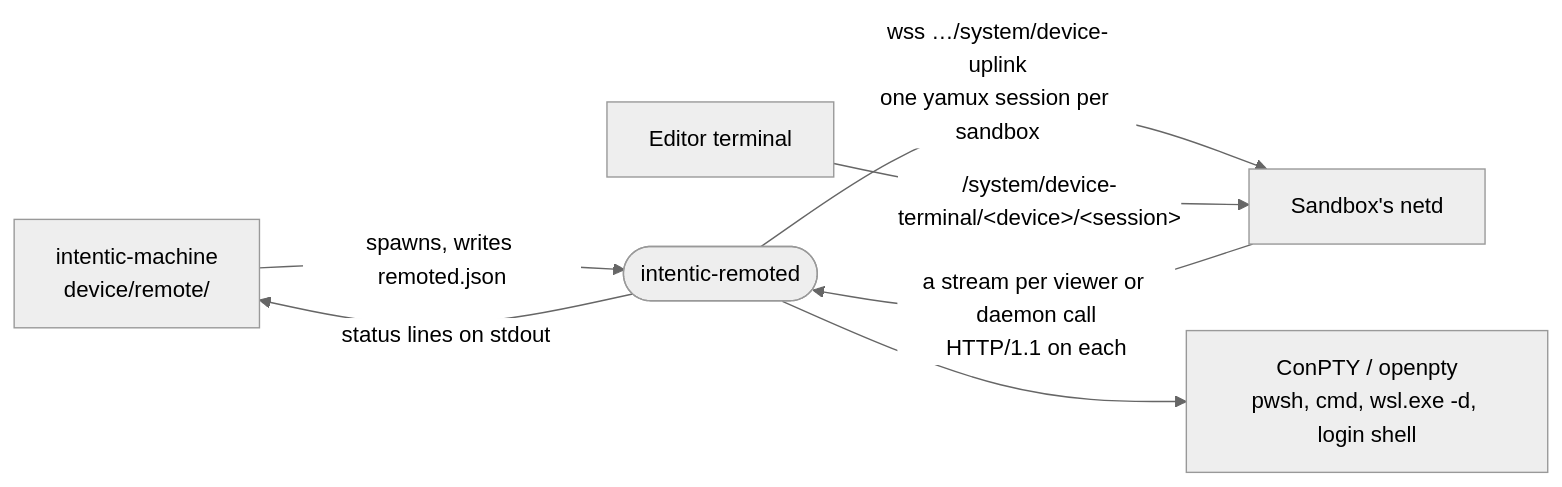
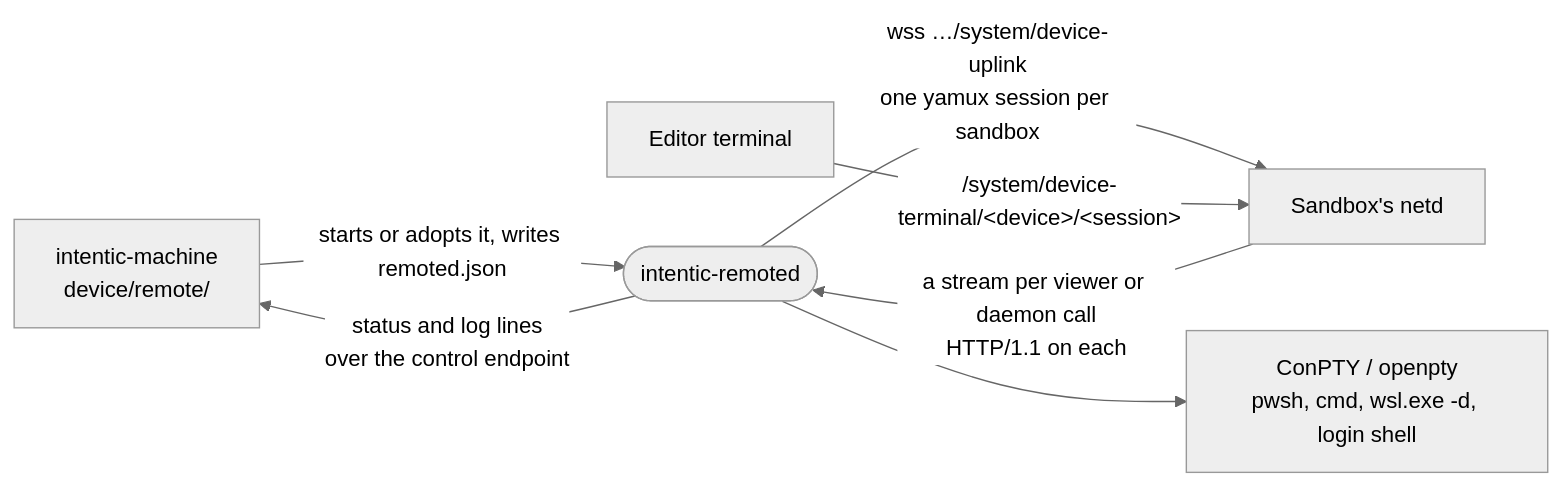
One commit to intentic/intentic changed the diagram in _devices/remoted/README.md. Above: the diagram before and after it, drawn with Mermaid (neutral theme). The commit also changed other lines of this file and 269 other files, not shown here.

First line of the commit message:
feat(remote): add remoted control and ACP event dialects

````diff
--- a/_devices/remoted/README.md
+++ b/_devices/remoted/README.md
@@ -5,9 +5,9 @@
 ```mermaid
 flowchart LR
-    agent["intentic-machine<br/>device/remote/"] -->|"spawns, writes remoted.json"| remoted(["intentic-remoted"])
-    remoted -->|"status lines on stdout"| agent
+    agent["intentic-machine<br/>device/remote/"] -->|"starts or adopts it, writes remoted.json"| remoted(["intentic-remoted"])
+    remoted -->|"status and log lines<br/>over the control endpoint"| agent
     remoted -->|"wss …/system/device-uplink<br/>one yamux session per sandbox"| netd["Sandbox's netd"]
     netd -->|"a stream per viewer or daemon call<br/>HTTP/1.1 on each"| remoted
     editor["Editor terminal"] -->|"/system/device-terminal/&lt;device&gt;/&lt;session&gt;"| netd
     remoted --> pty["ConPTY / openpty<br/>pwsh, cmd, wsl.exe -d, login shell"]
 ```
````
